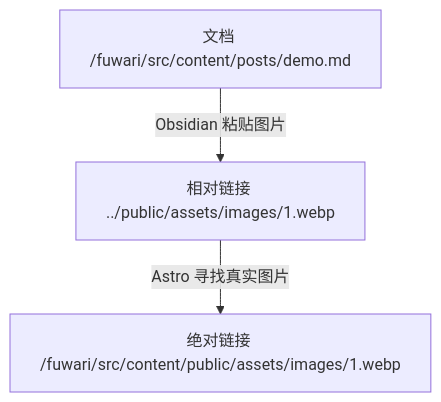
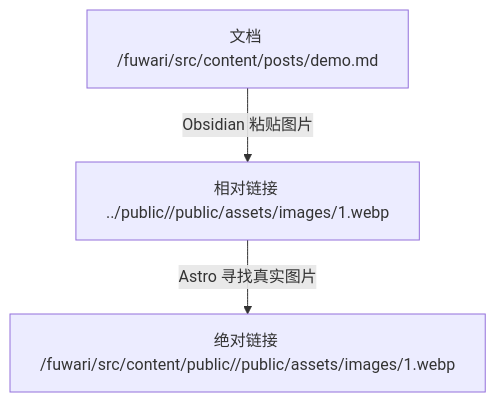
The first of 2 diagrams in src/content/posts/improve-dev-speed.md (yinleren6/fuwari), drawn with Mermaid before and after one commit. The commit also changed other lines of this file, not shown here.

Commit message:
fix: 修复文章图片路径问题

````diff
--- a/src/content/posts/improve-dev-speed.md
+++ b/src/content/posts/improve-dev-speed.md
@@ -55,6 +55,6 @@
 ```mermaid
 flowchart TD
     md[文档 /fuwari/src/content/posts/demo.md] -->
-    |Obsidian 粘贴图片|xd[相对链接 ../public/assets/images/1.webp]  -->
-    |Astro 寻找真实图片|jd[绝对链接 /fuwari/src/content/public/assets/images/1.webp]
+    |Obsidian 粘贴图片|xd[相对链接 ../public//public/assets/images/1.webp]  -->
+    |Astro 寻找真实图片|jd[绝对链接 /fuwari/src/content/public//public/assets/images/1.webp]
 ```
````
